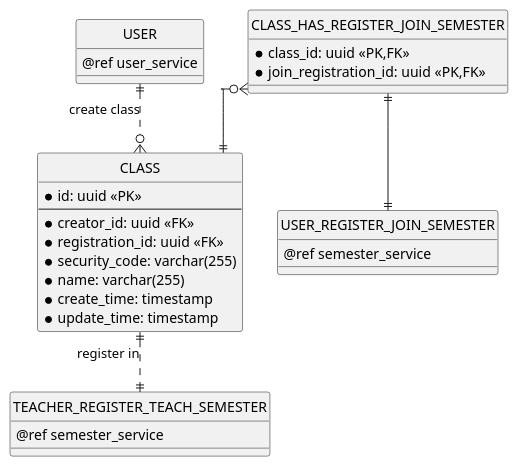
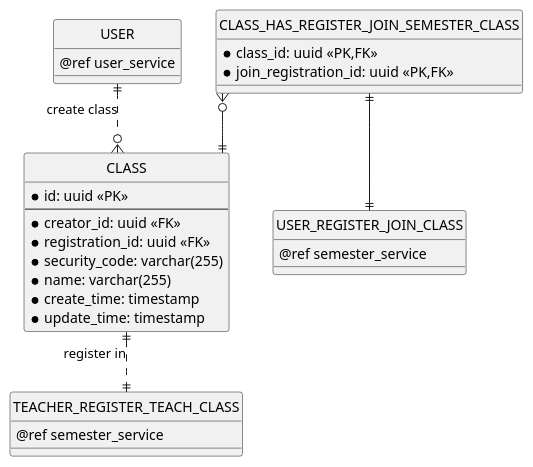
One commit to chungnguyenbkcse/ERD-USECASE-KIDSDRAWING changed the sixth of 12 diagrams in erd.md. Above: the diagram before and after it, drawn with PlantUML. The commit also changed other lines of this file and 1 other file, not shown here.

Commit message:
edit semester class, schedule

````diff
--- a/erd.md
+++ b/erd.md
@@ -380,44 +347,44 @@
 ```plantuml
 @startuml class_service
 ' hide the spot
 hide circle
 
 ' avoid problems with angled crows feet
 skinparam linetype ortho
 
 entity "USER" as user {
     @ref user_service
 }
 
 entity "CLASS" as class {
     * id: uuid <<PK>>
     --
     * creator_id: uuid <<FK>>
     * registration_id: uuid <<FK>>
     * security_code: varchar(255)
     * name: varchar(255)
     * create_time: timestamp
     * update_time: timestamp
 }
 
-entity "CLASS_HAS_REGISTER_JOIN_SEMESTER" as user_join_class {
+entity "CLASS_HAS_REGISTER_JOIN_SEMESTER_CLASS" as user_join_class {
     * class_id: uuid <<PK,FK>>
     * join_registration_id: uuid <<PK,FK>>
 }
 
-entity "USER_REGISTER_JOIN_SEMESTER" as user_register_join_semester {
+entity "USER_REGISTER_JOIN_CLASS" as user_register_join_class {
     @ref semester_service
 }
 
-entity "TEACHER_REGISTER_TEACH_SEMESTER" as user_register_teach_semester {
+entity "TEACHER_REGISTER_TEACH_CLASS" as user_register_teach_class {
     @ref semester_service
 }
 
 ' Class Relationship
 
 user ||..o{ class: create class
 user_join_class }o--|| class
-user_join_class ||--|| user_register_join_semester
-class ||..|| user_register_teach_semester: register in
+user_join_class ||--|| user_register_join_class
+class ||..|| user_register_teach_class: register in
 @enduml
 ```
````
